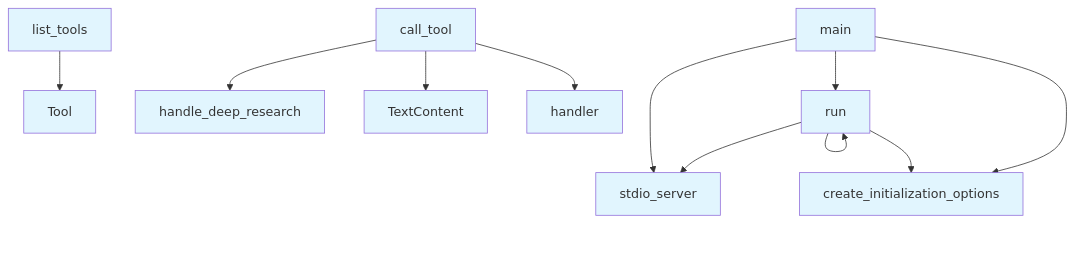
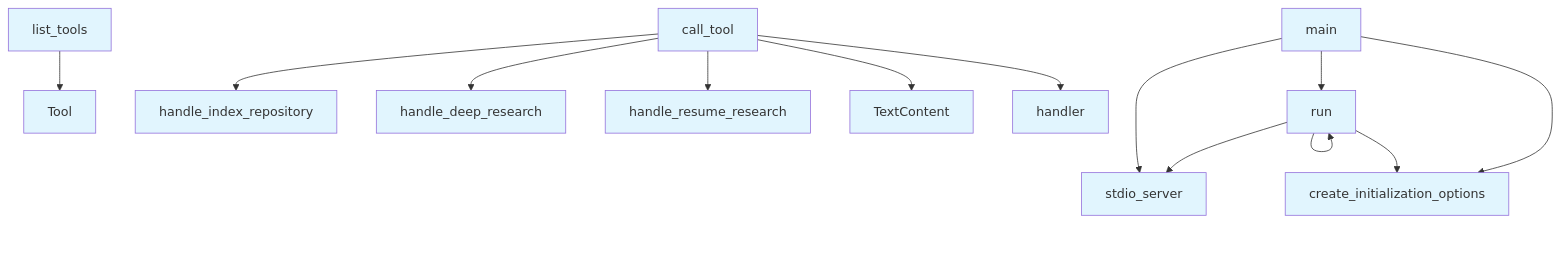
The diagram in .deepwiki/files/src/local_deepwiki/server.md (UrbanDiver/local-deepwiki-mcp), drawn with Mermaid before and after one commit. The commit also changed other lines of this file and 65 other files, not shown here.

````diff
--- a/.deepwiki/files/src/local_deepwiki/server.md
+++ b/.deepwiki/files/src/local_deepwiki/server.md
@@ -388,25 +785,29 @@
 ```mermaid
 flowchart TD
     N0[TextContent]
     N1[Tool]
     N2[call_tool]
     N3[create_initialization_options]
     N4[handle_deep_research]
-    N5[handler]
-    N6[list_tools]
-    N7[main]
-    N8[run]
-    N9[stdio_server]
-    N6 --> N1
+    N5[handle_index_repository]
+    N6[handle_resume_research]
+    N7[handler]
+    N8[list_tools]
+    N9[main]
+    N10[run]
+    N11[stdio_server]
+    N8 --> N1
+    N2 --> N5
     N2 --> N4
+    N2 --> N6
     N2 --> N0
-    N2 --> N5
-    N7 --> N9
-    N7 --> N8
-    N7 --> N3
-    N8 --> N9
-    N8 --> N8
-    N8 --> N3
+    N2 --> N7
+    N9 --> N11
+    N9 --> N10
+    N9 --> N3
+    N10 --> N11
+    N10 --> N10
+    N10 --> N3
     classDef func fill:#e1f5fe
-    class N0,N1,N2,N3,N4,N5,N6,N7,N8,N9 func
+    class N0,N1,N2,N3,N4,N5,N6,N7,N8,N9,N10,N11 func
 ```
````
